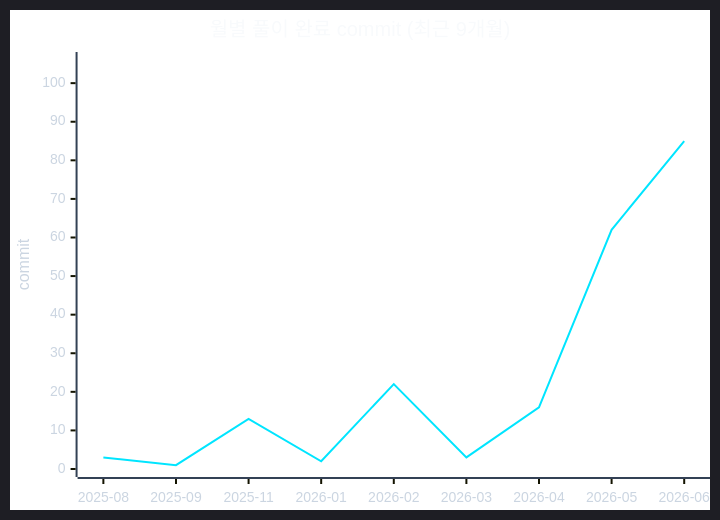
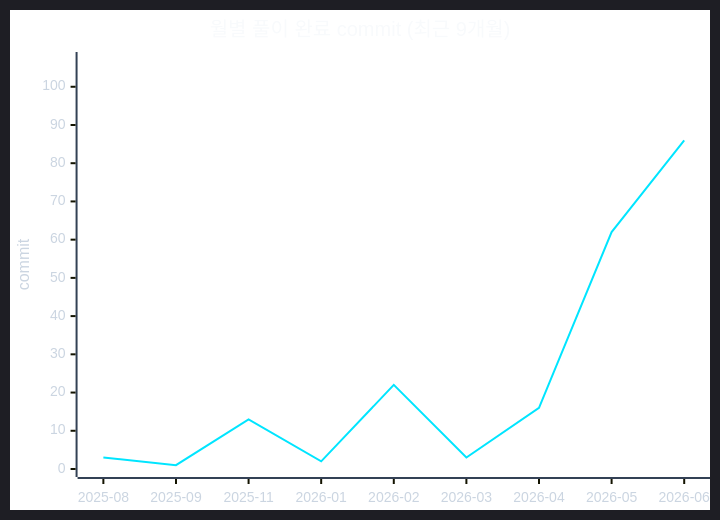
Before and after one commit to CHOOSLA/Algorithm: the second of 2 diagrams in readme.md, drawn with Mermaid. The commit also changed other lines of this file and 2 other files, not shown here.

````diff
--- a/readme.md
+++ b/readme.md
@@ -71,22 +71,22 @@
 ```mermaid
 ---
 config:
   theme: dark
   themeVariables:
     background: '#0d1117'
     xyChart:
       titleColor: '#f8fafc'
       xAxisLabelColor: '#cbd5e1'
       xAxisTitleColor: '#cbd5e1'
       xAxisLineColor: '#334155'
       yAxisLabelColor: '#cbd5e1'
       yAxisTitleColor: '#cbd5e1'
       yAxisLineColor: '#334155'
       plotColorPalette: '#00e5ff'
 ---
 xychart-beta
   title "월별 풀이 완료 commit (최근 9개월)"
   x-axis ["2025-08", "2025-09", "2025-11", "2026-01", "2026-02", "2026-03", "2026-04", "2026-05", "2026-06"]
-  y-axis "commit" 0 --> 106
-  line [3, 1, 13, 2, 22, 3, 16, 62, 85]
+  y-axis "commit" 0 --> 107
+  line [3, 1, 13, 2, 22, 3, 16, 62, 86]
 ```
````
